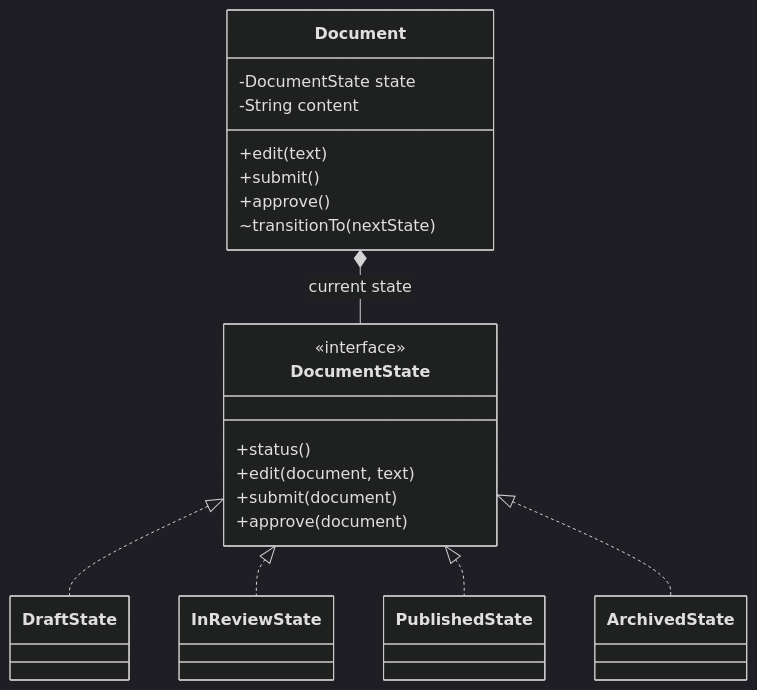
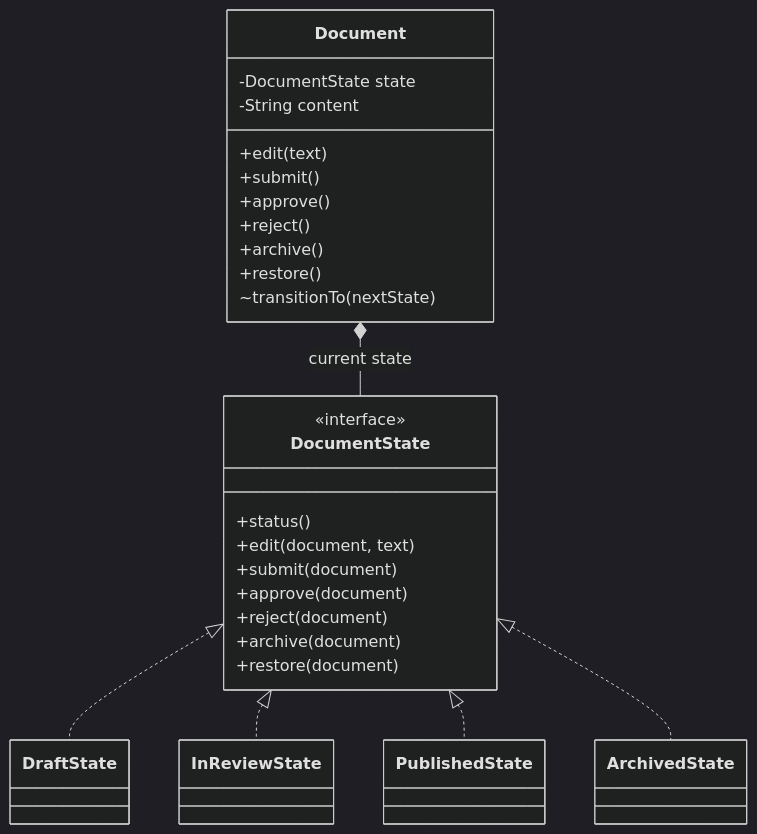
The fourth of 5 diagrams in POST_READ.md (dikshant-dwivedi/state-pattern-document-workflow), drawn with Mermaid (dark theme) before and after one commit. The commit also changed other lines of this file, not shown here.

````diff
--- a/POST_READ.md
+++ b/POST_READ.md
@@ -204,27 +384,33 @@
 ```mermaid
 classDiagram
     class Document {
-      -DocumentState state
-      -String content
-      +edit(text)
-      +submit()
-      +approve()
-      ~transitionTo(nextState)
+        -DocumentState state
+        -String content
+        +edit(text)
+        +submit()
+        +approve()
+        +reject()
+        +archive()
+        +restore()
+        ~transitionTo(nextState)
     }
     class DocumentState {
-      <<interface>>
-      +status()
-      +edit(document, text)
-      +submit(document)
-      +approve(document)
+        <<interface>>
+        +status()
+        +edit(document, text)
+        +submit(document)
+        +approve(document)
+        +reject(document)
+        +archive(document)
+        +restore(document)
     }
     class DraftState
     class InReviewState
     class PublishedState
     class ArchivedState
     Document *-- DocumentState : current state
     DocumentState <|.. DraftState
     DocumentState <|.. InReviewState
     DocumentState <|.. PublishedState
     DocumentState <|.. ArchivedState
 ```
````
